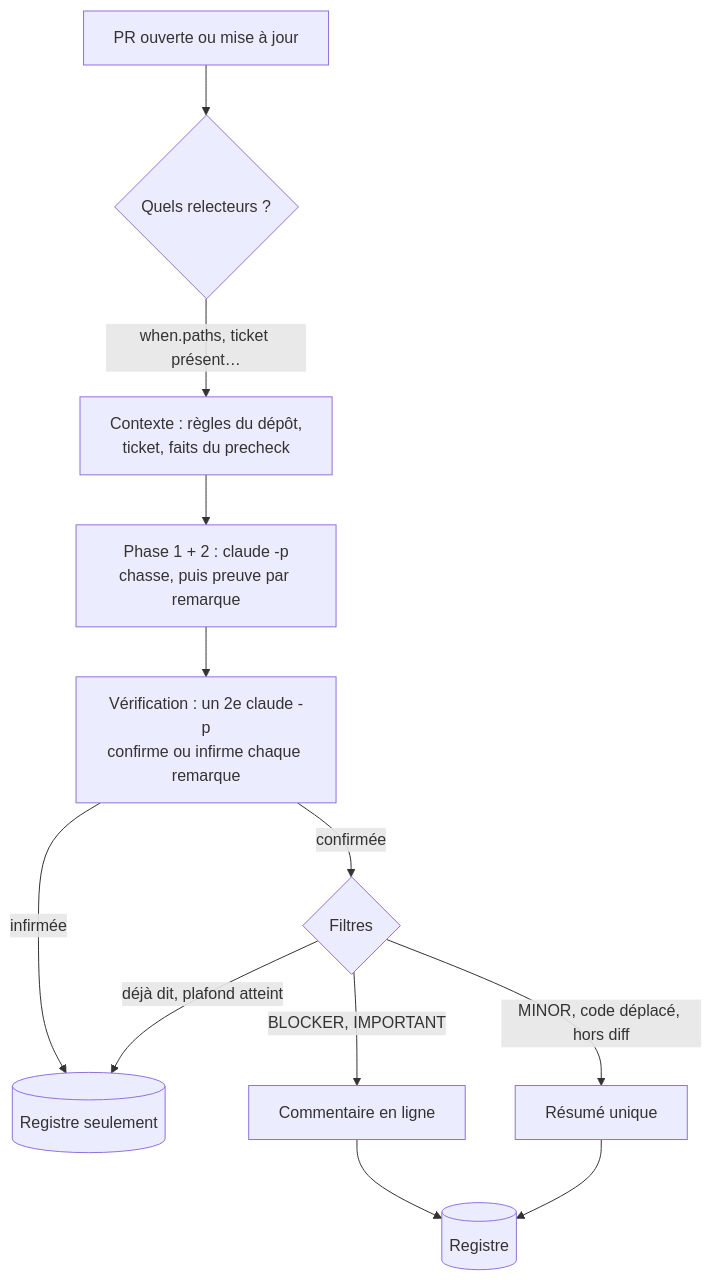
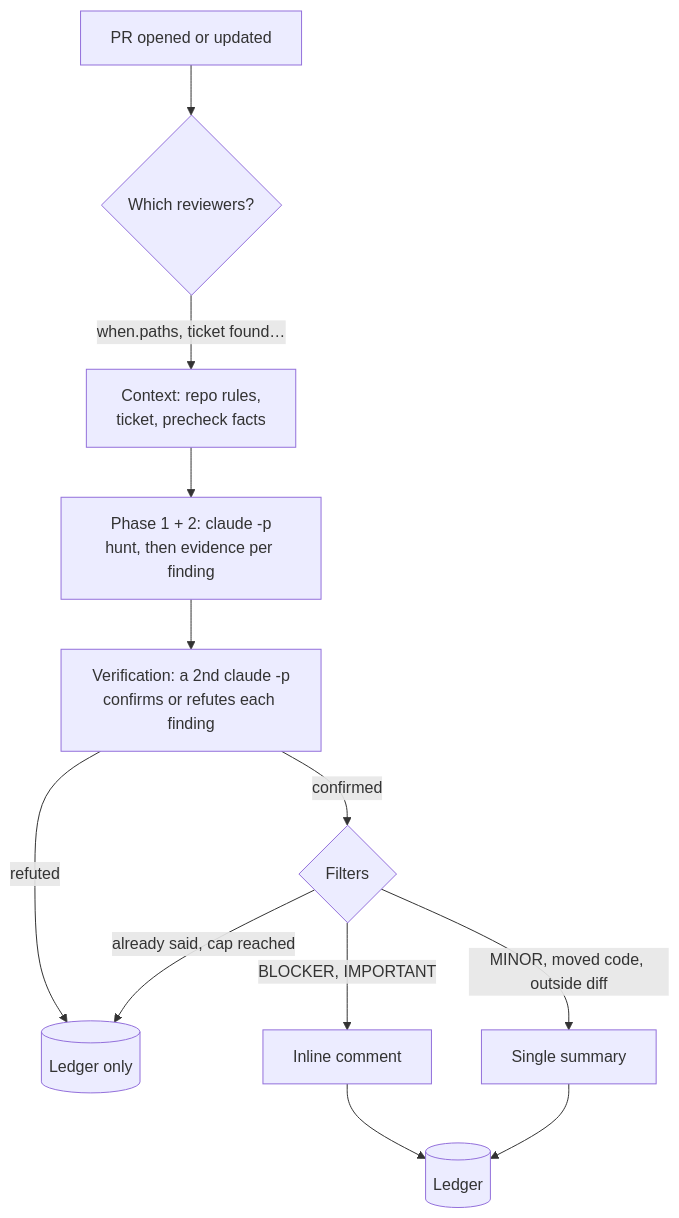
Before and after one commit to AccorECOM/reviewme: the second of 3 diagrams in README.md, drawn with Mermaid. The commit also changed other lines of this file and 47 other files, not shown here.

````diff
--- a/README.md
+++ b/README.md
@@ -146,14 +146,14 @@
 ```mermaid
 flowchart TD
-    A[PR ouverte ou mise à jour] --> B{Quels relecteurs ?}
-    B -->|"when.paths, ticket présent…"| C[Contexte : règles du dépôt,<br/>ticket, faits du precheck]
-    C --> D["Phase 1 + 2 : claude -p<br/>chasse, puis preuve par remarque"]
-    D --> E["Vérification : un 2e claude -p<br/>confirme ou infirme chaque remarque"]
-    E -->|infirmée| X[(Registre seulement)]
-    E -->|confirmée| F{Filtres}
-    F -->|"BLOCKER, IMPORTANT"| G[Commentaire en ligne]
-    F -->|"MINOR, code déplacé, hors diff"| H[Résumé unique]
-    F -->|"déjà dit, plafond atteint"| X
-    G --> R[(Registre)]
+    A[PR opened or updated] --> B{Which reviewers?}
+    B -->|"when.paths, ticket found…"| C[Context: repo rules,<br/>ticket, precheck facts]
+    C --> D["Phase 1 + 2: claude -p<br/>hunt, then evidence per finding"]
+    D --> E["Verification: a 2nd claude -p<br/>confirms or refutes each finding"]
+    E -->|refuted| X[(Ledger only)]
+    E -->|confirmed| F{Filters}
+    F -->|"BLOCKER, IMPORTANT"| G[Inline comment]
+    F -->|"MINOR, moved code, outside diff"| H[Single summary]
+    F -->|"already said, cap reached"| X
+    G --> R[(Ledger)]
     H --> R
 ```
````
